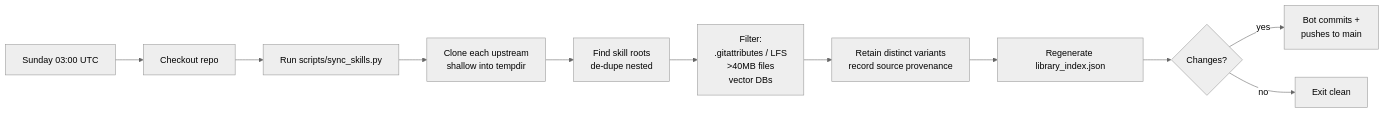
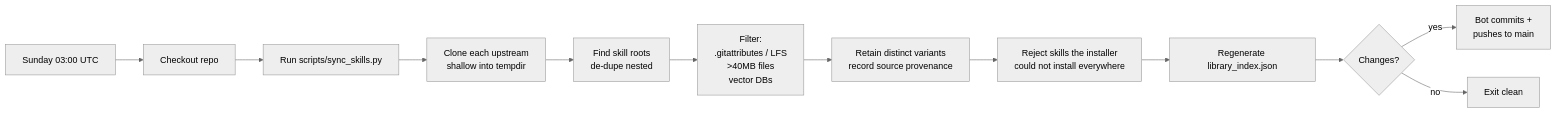
The diagram in README.md (FridrichMethod/awesome-skills), drawn with Mermaid (neutral theme) before and after one commit. The commit also changed other lines of this file and 1 other file, not shown here.

````diff
--- a/README.md
+++ b/README.md
@@ -278,13 +283,14 @@
 ```mermaid
 flowchart LR
     A[Sunday 03:00 UTC] --> B[Checkout repo]
     B --> C[Run scripts/sync_skills.py]
     C --> D[Clone each upstream<br/>shallow into tempdir]
     D --> E[Find skill roots<br/>de-dupe nested]
     E --> F[Filter:<br/>.gitattributes / LFS<br/>>40MB files<br/>vector DBs]
     F --> G[Retain distinct variants<br/>record source provenance]
-    G --> G2[Regenerate library_index.json]
+    G --> G1[Reject skills the installer<br/>could not install everywhere]
+    G1 --> G2[Regenerate library_index.json]
     G2 --> H{Changes?}
     H -- yes --> I[Bot commits +<br/>pushes to main]
     H -- no --> J[Exit clean]
 ```
````
